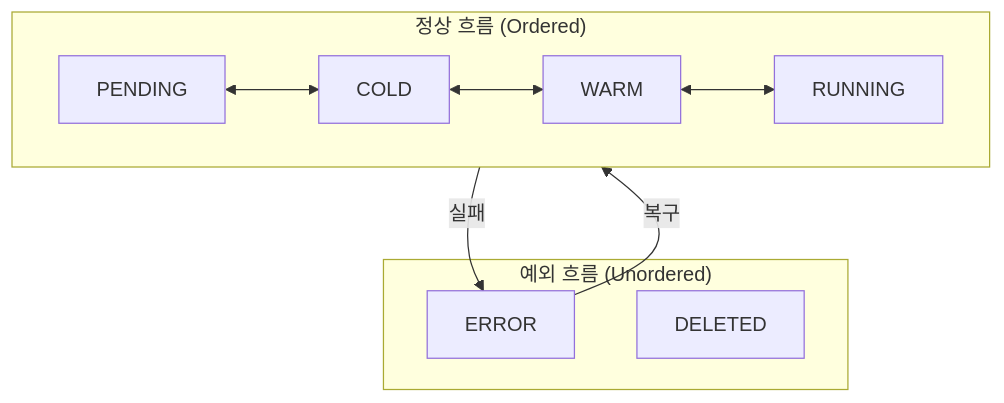
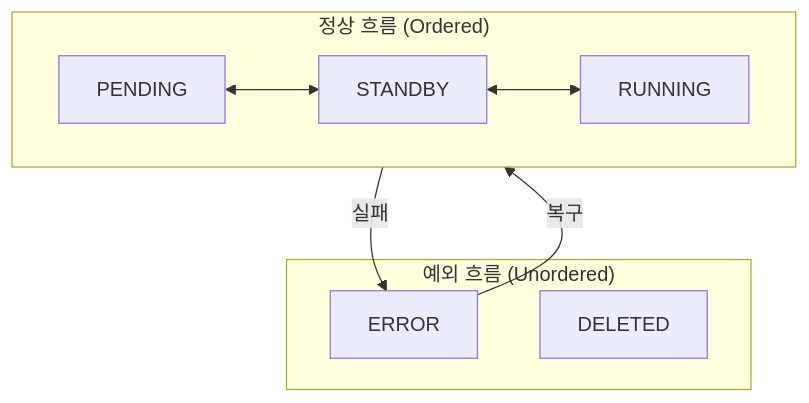
One commit to cagojeiger/code-hub changed the second of 7 diagrams in docs/adr/008-ordered-state-machine.md. Above: the diagram before and after it, drawn with Mermaid. The commit also changed other lines of this file and 11 other files, not shown here.

````diff
--- a/docs/adr/008-ordered-state-machine.md
+++ b/docs/adr/008-ordered-state-machine.md
@@ -133,14 +172,14 @@
 ```mermaid
 flowchart TB
     subgraph ordered["정상 흐름 (Ordered)"]
-        P[PENDING] <--> C[COLD] <--> W[WARM] <--> R[RUNNING]
+        P[PENDING] <--> S[STANDBY] <--> R[RUNNING]
     end
 
     subgraph unordered["예외 흐름 (Unordered)"]
         E[ERROR]
         D[DELETED]
     end
 
     ordered -->|실패| E
     E -->|복구| ordered
 ```
````
